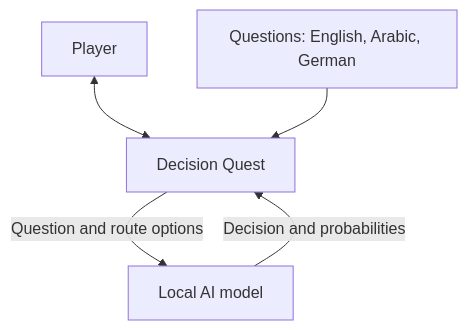
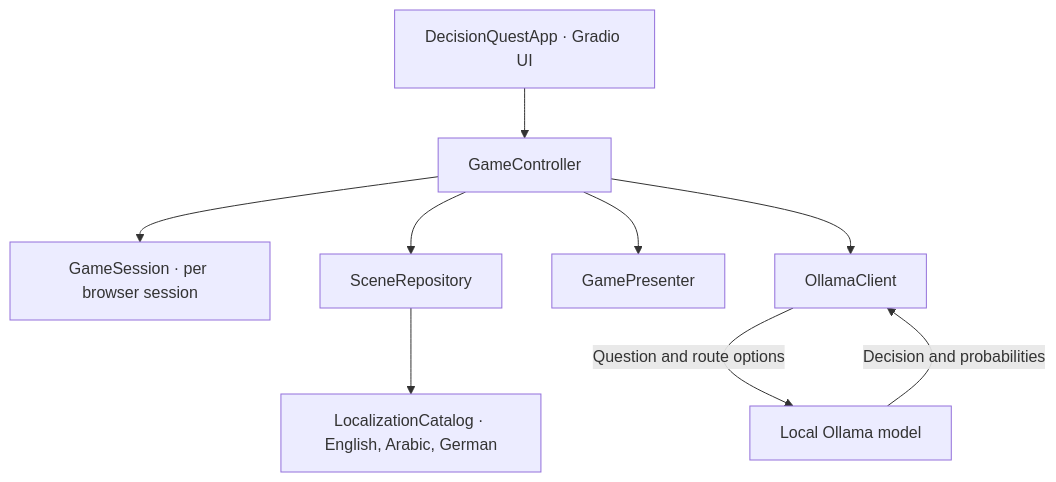
The first of 3 diagrams in README.md (emsameen/jev-decision-quest), drawn with Mermaid before and after one commit. The commit also changed other lines of this file and 10 other files, not shown here.

````diff
--- a/README.md
+++ b/README.md
@@ -91,7 +100,11 @@
 ```mermaid
 flowchart TD
-    User["Player"] <--> App["Decision Quest"]
-    Content["Questions: English, Arabic, German"] --> App
-    App -->|"Question and route options"| Model["Local AI model"]
-    Model -->|"Decision and probabilities"| App
+    UI["DecisionQuestApp · Gradio UI"] --> Controller["GameController"]
+    Controller --> Session["GameSession · per browser session"]
+    Controller --> Scenes["SceneRepository"]
+    Controller --> Presenter["GamePresenter"]
+    Controller --> Client["OllamaClient"]
+    Scenes --> Catalog["LocalizationCatalog · English, Arabic, German"]
+    Client -->|"Question and route options"| Model["Local Ollama model"]
+    Model -->|"Decision and probabilities"| Client
 ```
````
